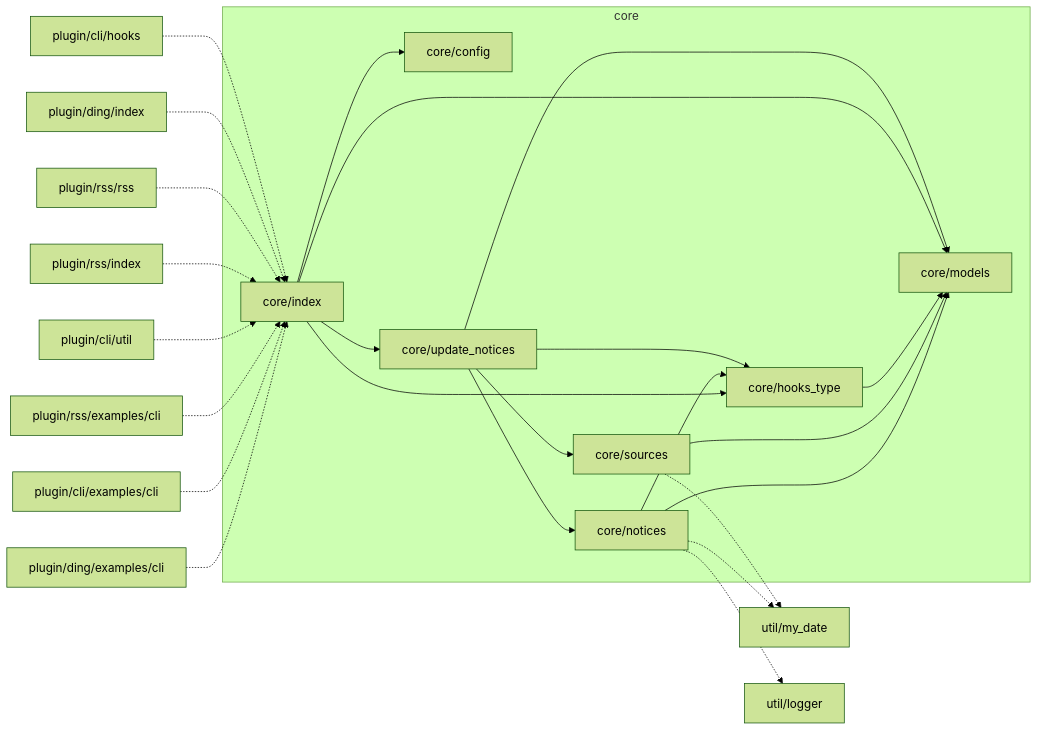
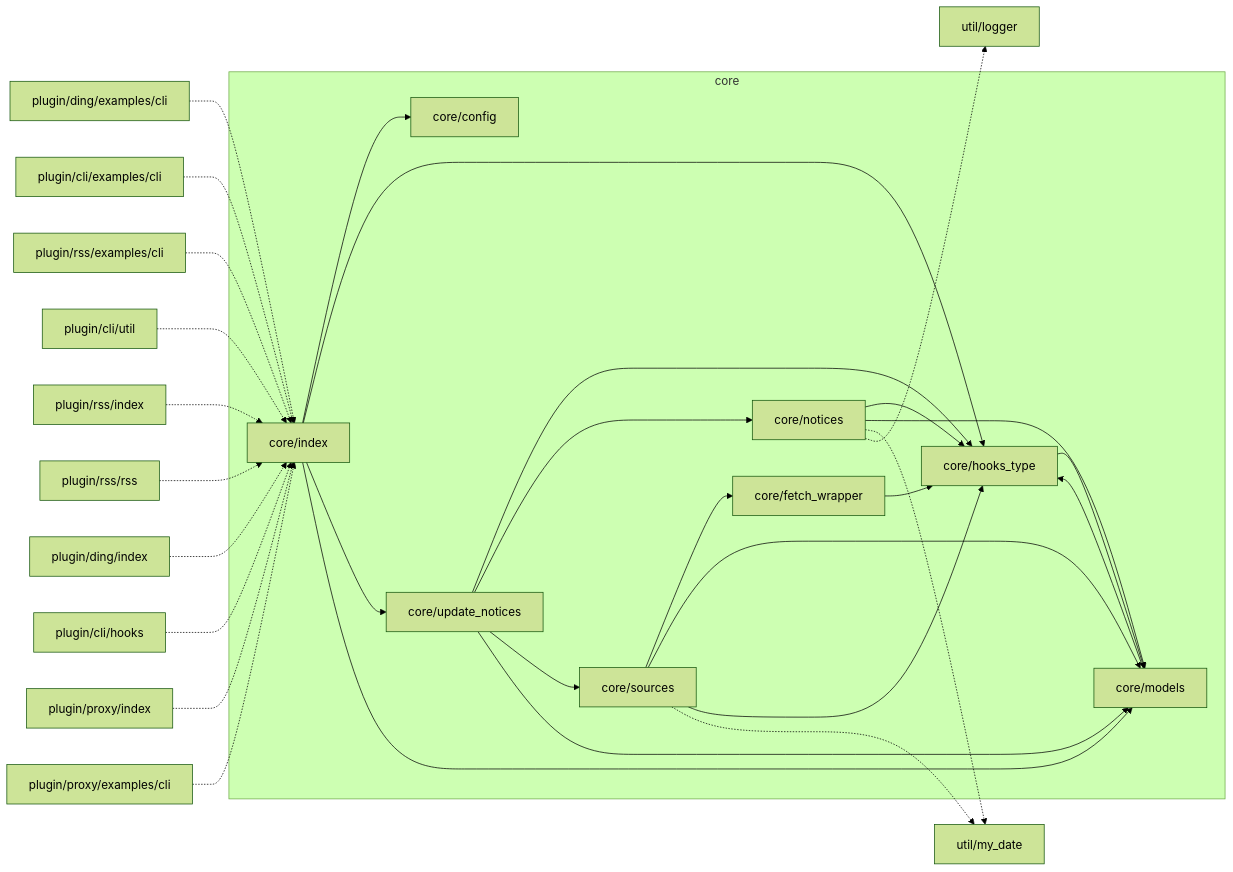
One commit to YDX-2147483647/bulletin-issues-transferred changed the second of 4 diagrams in documentation.md. Above: the diagram before and after it, drawn with Mermaid (forest theme). The commit also changed other lines of this file and 15 other files, not shown here.

Commit message:
[plugin] proxy

````diff
--- a/documentation.md
+++ b/documentation.md
@@ -66,28 +71,34 @@
 ```mermaid
 flowchart LR
   subgraph core
+    core/fetch_wrapper --> core/hooks_type
     core/index --> core/config
+    core/sources --> core/fetch_wrapper
+    core/models --> core/hooks_type
     core/index --> core/hooks_type
     core/notices --> core/hooks_type
     core/update_notices --> core/hooks_type
     core/notices --> core/models
     core/index --> core/update_notices
     core/update_notices --> core/notices
     core/sources --> core/models
+    core/sources --> core/hooks_type
     core/update_notices --> core/sources
     core/hooks_type --> core/models
     core/index --> core/models
     core/update_notices --> core/models
   end
   core/notices -.-> util/my_date
   core/sources -.-> util/my_date
   core/notices -.-> util/logger
   plugin/ding/examples/cli -.-> core/index
   plugin/cli/examples/cli -.-> core/index
   plugin/rss/examples/cli -.-> core/index
   plugin/cli/util -.-> core/index
   plugin/rss/index -.-> core/index
   plugin/rss/rss -.-> core/index
   plugin/ding/index -.-> core/index
   plugin/cli/hooks -.-> core/index
+  plugin/proxy/index -.-> core/index
+  plugin/proxy/examples/cli -.-> core/index
 ```
````
